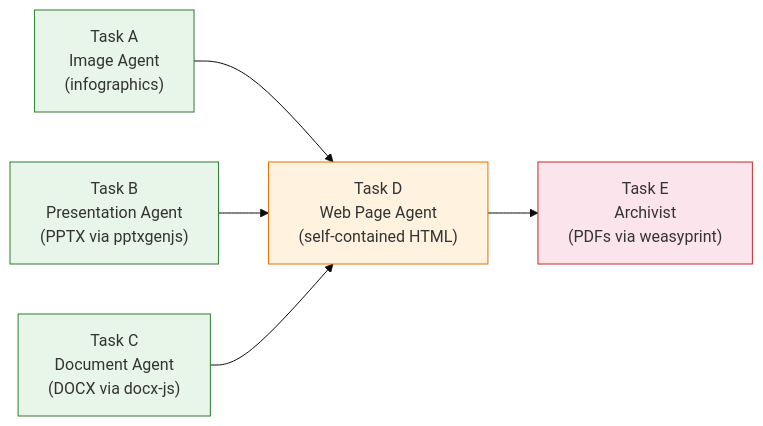
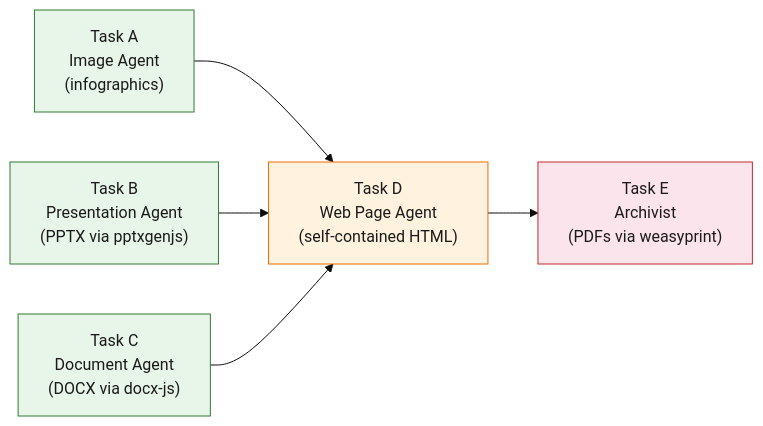
Before and after one commit to apatheticus/corporate-decision-panel: the sixth of 6 diagrams in README.md, drawn with Mermaid (base theme). The commit also changed other lines of this file, not shown here.

First line of the commit message:
docs: Improve Mermaid diagram text readability in README

````diff
--- a/README.md
+++ b/README.md
@@ -587,19 +587,19 @@
 ```mermaid
 flowchart LR
     A["Task A\nImage Agent\n(infographics)"]
     B["Task B\nPresentation Agent\n(PPTX via pptxgenjs)"]
     C["Task C\nDocument Agent\n(DOCX via docx-js)"]
     D["Task D\nWeb Page Agent\n(self-contained HTML)"]
     E["Task E\nArchivist\n(PDFs via weasyprint)"]
 
     A --> D
     B --> D
     C --> D
     D --> E
 
-    style A fill:#e8f5e9,stroke:#2e7d32
-    style B fill:#e8f5e9,stroke:#2e7d32
-    style C fill:#e8f5e9,stroke:#2e7d32
-    style D fill:#fff3e0,stroke:#ef6c00
-    style E fill:#fce4ec,stroke:#c62828
+    style A fill:#e8f5e9,stroke:#2e7d32,color:#1a1a1a
+    style B fill:#e8f5e9,stroke:#2e7d32,color:#1a1a1a
+    style C fill:#e8f5e9,stroke:#2e7d32,color:#1a1a1a
+    style D fill:#fff3e0,stroke:#ef6c00,color:#1a1a1a
+    style E fill:#fce4ec,stroke:#c62828,color:#1a1a1a
 ```
````
